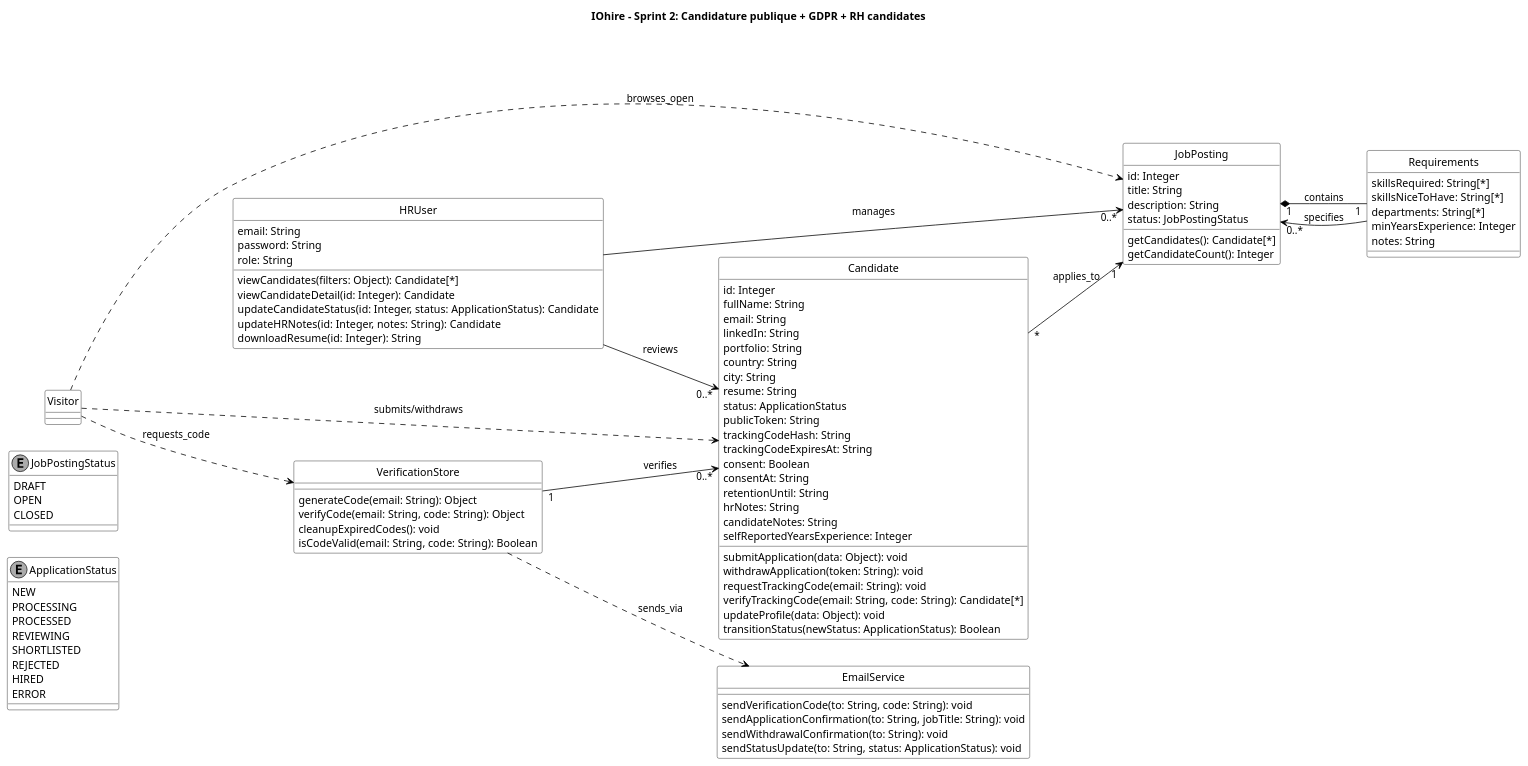
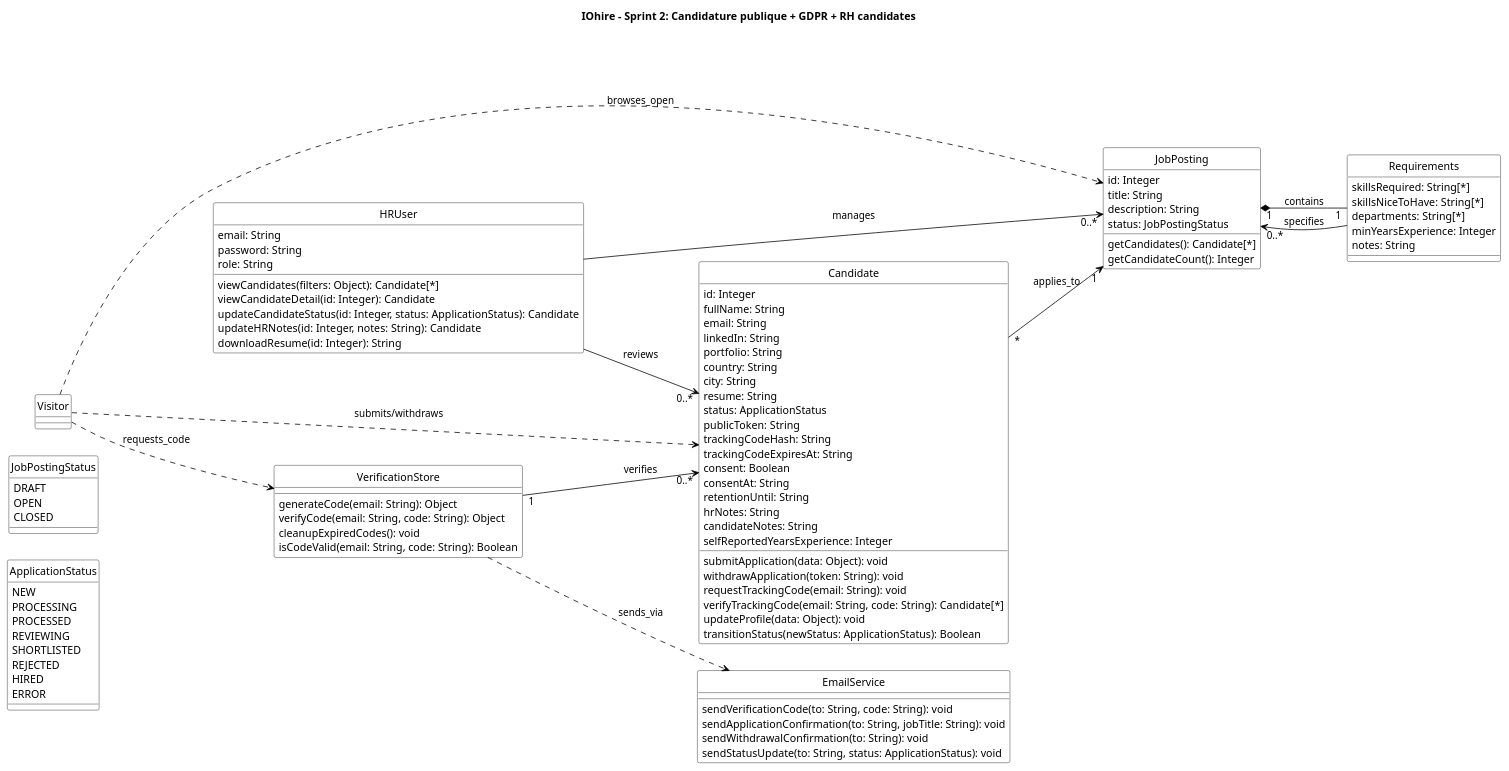
One commit to OussamaRhimi/PFE changed the diagram in sprint2_diagram.puml. Above: the diagram before and after it, drawn with PlantUML.

Commit message:
Modify circle visibility and comments in diagram
Updated visibility settings for circles and adjusted comments.

```diff
--- a/sprint2_diagram.puml
+++ b/sprint2_diagram.puml
@@ -1,143 +1,141 @@
 @startuml
 title IOhire - Sprint 2: Candidature publique + GDPR + RH candidates
 
-' Cache tous les cercles par défaut
+' Cache absolument tous les cercles (Classes, Enums, etc.)
 hide circle
-' Réactive le cercle uniquement pour les enums
-show enum circle
 
 ' Paramètres pour un rendu pur Noir et Blanc
 skinparam monochrome true
 skinparam shadowing false
 skinparam classAttributeIconSize 0
 skinparam backgroundColor white
 
 skinparam class {
     BackgroundColor white
     BorderColor black
     ArrowColor black
 }
 
 left to right direction
 
 '======================
 ' Enums
 '======================
 enum ApplicationStatus {
     NEW
     PROCESSING
     PROCESSED
     REVIEWING
     SHORTLISTED
     REJECTED
     HIRED
     ERROR
 }
 
 enum JobPostingStatus {
     DRAFT
     OPEN
     CLOSED
 }
 
 '======================
 ' Actors
 '======================
 class Visitor {
 }
 
 class HRUser {
     email: String
     password: String
     role: String
     viewCandidates(filters: Object): Candidate[*]
     viewCandidateDetail(id: Integer): Candidate
     updateCandidateStatus(id: Integer, status: ApplicationStatus): Candidate
     updateHRNotes(id: Integer, notes: String): Candidate
     downloadResume(id: Integer): String
 }
 
 '======================
 ' Domain Entities
 '======================
 class Candidate {
     id: Integer
     fullName: String
     email: String
     linkedIn: String
     portfolio: String
     country: String
     city: String
     resume: String
     status: ApplicationStatus
     publicToken: String
     trackingCodeHash: String
     trackingCodeExpiresAt: String
     consent: Boolean
     consentAt: String
     retentionUntil: String
     hrNotes: String
     candidateNotes: String
     selfReportedYearsExperience: Integer
     submitApplication(data: Object): void
     withdrawApplication(token: String): void
     requestTrackingCode(email: String): void
     verifyTrackingCode(email: String, code: String): Candidate[*]
     updateProfile(data: Object): void
     transitionStatus(newStatus: ApplicationStatus): Boolean
 }
 
 class JobPosting {
     id: Integer
     title: String
     description: String
     status: JobPostingStatus
     getCandidates(): Candidate[*]
     getCandidateCount(): Integer
 }
 
 '======================
 ' Value Objects
 '======================
 class Requirements {
     skillsRequired: String[*]
     skillsNiceToHave: String[*]
     departments: String[*]
     minYearsExperience: Integer
     notes: String
 }
 
 '======================
 ' Services
 '======================
 class VerificationStore {
     generateCode(email: String): Object
     verifyCode(email: String, code: String): Object
     cleanupExpiredCodes(): void
     isCodeValid(email: String, code: String): Boolean
 }
 
 class EmailService {
     sendVerificationCode(to: String, code: String): void
     sendApplicationConfirmation(to: String, jobTitle: String): void
     sendWithdrawalConfirmation(to: String): void
     sendStatusUpdate(to: String, status: ApplicationStatus): void
 }
 
 '======================
 ' Relationships
 '======================
 Candidate "*" --> "1" JobPosting : applies_to
 JobPosting "1" *-- "1" Requirements : contains
 Requirements --> "0..*" JobPosting : specifies
 
 HRUser --> "0..*" Candidate : reviews
 HRUser --> "0..*" JobPosting : manages
 
 Visitor ..> JobPosting : browses_open
 Visitor ..> Candidate : submits/withdraws
 Visitor ..> VerificationStore : requests_code
 
 VerificationStore ..> EmailService : sends_via
 VerificationStore "1" --> "0..*" Candidate : verifies
 @enduml
```
